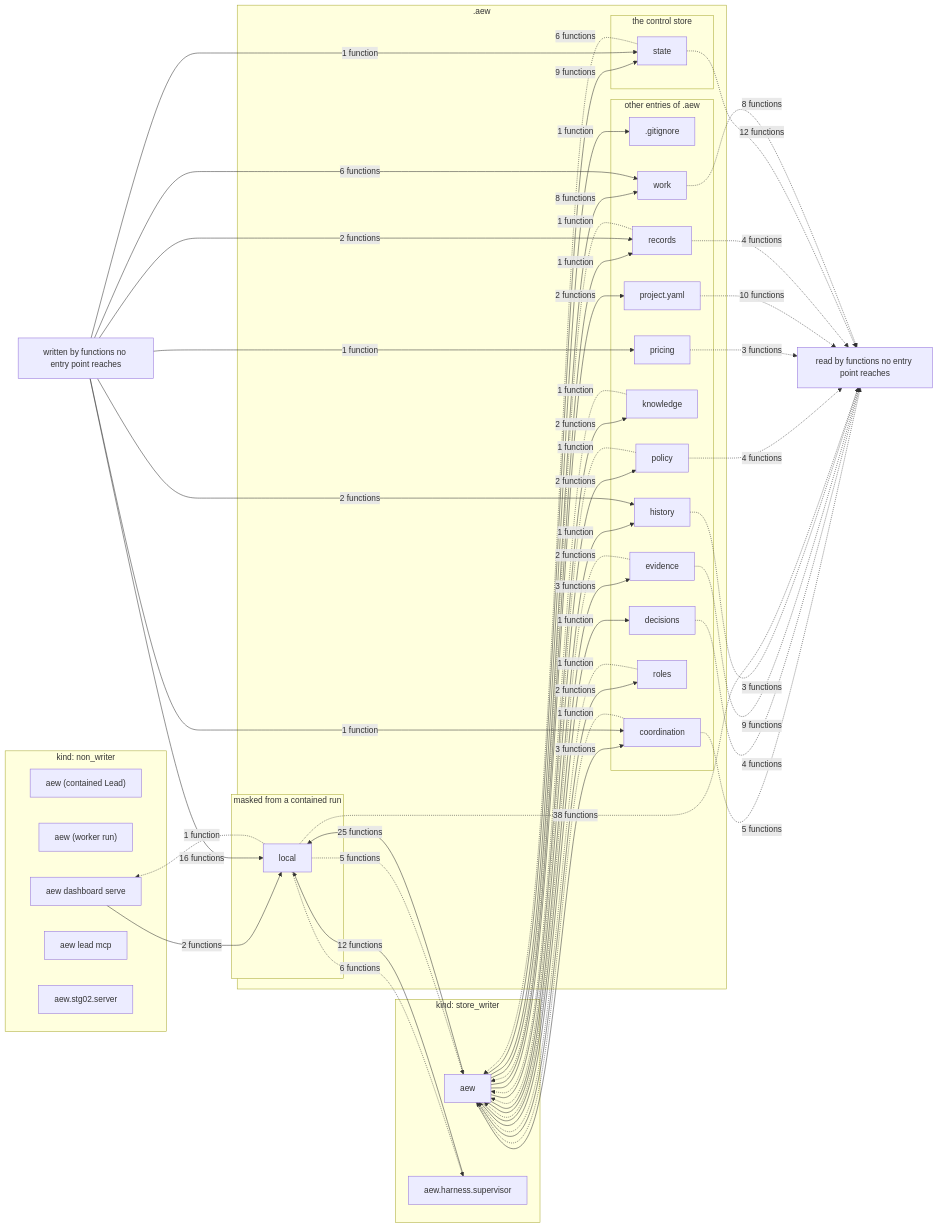
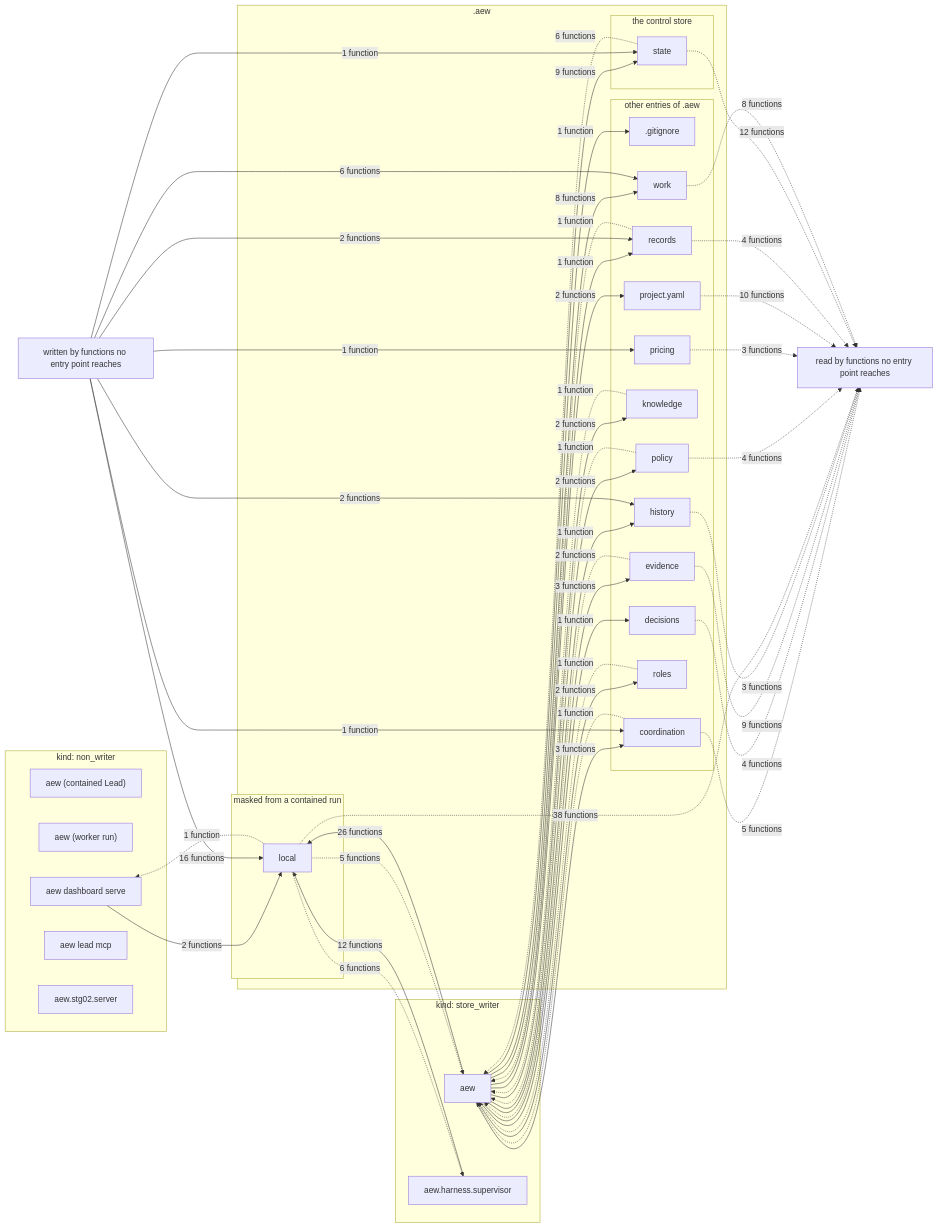
One commit to JonSmithTLT/Agentic-Engineering-Workflow changed the diagram in docs/reference/data-flow.md. Above: the diagram before and after it, drawn with Mermaid. The commit also changed other lines of this file and 13 other files, not shown here.

````diff
--- a/docs/reference/data-flow.md
+++ b/docs/reference/data-flow.md
@@ -5,81 +5,81 @@
 ```mermaid
 flowchart LR
     subgraph kind_non_writer["kind: non_writer"]
         proc_aew_contained_lead["aew (contained Lead)"]
         proc_aew_worker_run["aew (worker run)"]
         proc_aew_dashboard_serve["aew dashboard serve"]
         proc_aew_lead_mcp["aew lead mcp"]
         proc_aew_stg02_server["aew.stg02.server"]
     end
     subgraph kind_store_writer["kind: store_writer"]
         proc_aew["aew"]
         proc_aew_harness_supervisor["aew.harness.supervisor"]
     end
     subgraph aew_dir[".aew"]
         subgraph group_store["the control store"]
             path_state["state"]
         end
         subgraph group_masked["masked from a contained run"]
             path_local["local"]
         end
         subgraph group_other["other entries of .aew"]
             path_gitignore[".gitignore"]
             path_coordination["coordination"]
             path_decisions["decisions"]
             path_evidence["evidence"]
             path_history["history"]
             path_knowledge["knowledge"]
             path_policy["policy"]
             path_pricing["pricing"]
             path_project_yaml["project.yaml"]
             path_records["records"]
             path_roles["roles"]
             path_work["work"]
         end
     end
     no_writer["written by functions no entry point reaches"]
     no_reader["read by functions no entry point reaches"]
     proc_aew -->|"1 function"| path_gitignore
     proc_aew -->|"3 functions"| path_coordination
     proc_aew -->|"1 function"| path_decisions
     proc_aew -->|"3 functions"| path_evidence
     proc_aew -->|"1 function"| path_history
     proc_aew -->|"2 functions"| path_knowledge
-    proc_aew -->|"25 functions"| path_local
+    proc_aew -->|"26 functions"| path_local
     proc_aew -->|"2 functions"| path_policy
     proc_aew -->|"2 functions"| path_project_yaml
     proc_aew -->|"1 function"| path_records
     proc_aew -->|"2 functions"| path_roles
     proc_aew -->|"9 functions"| path_state
     proc_aew -->|"8 functions"| path_work
     proc_aew_dashboard_serve -->|"2 functions"| path_local
     proc_aew_harness_supervisor -->|"12 functions"| path_local
     no_writer -->|"1 function"| path_coordination
     no_writer -->|"2 functions"| path_history
     no_writer -->|"16 functions"| path_local
     no_writer -->|"1 function"| path_pricing
     no_writer -->|"2 functions"| path_records
     no_writer -->|"1 function"| path_state
     no_writer -->|"6 functions"| path_work
     path_coordination -.->|"1 function"| proc_aew
     path_evidence -.->|"2 functions"| proc_aew
     path_knowledge -.->|"1 function"| proc_aew
     path_local -.->|"5 functions"| proc_aew
     path_policy -.->|"1 function"| proc_aew
     path_records -.->|"1 function"| proc_aew
     path_roles -.->|"1 function"| proc_aew
     path_state -.->|"6 functions"| proc_aew
     path_local -.->|"1 function"| proc_aew_dashboard_serve
     path_local -.->|"6 functions"| proc_aew_harness_supervisor
     path_coordination -.->|"5 functions"| no_reader
     path_decisions -.->|"4 functions"| no_reader
     path_evidence -.->|"9 functions"| no_reader
     path_history -.->|"3 functions"| no_reader
     path_local -.->|"38 functions"| no_reader
     path_policy -.->|"4 functions"| no_reader
     path_pricing -.->|"3 functions"| no_reader
     path_project_yaml -.->|"10 functions"| no_reader
     path_records -.->|"4 functions"| no_reader
     path_state -.->|"12 functions"| no_reader
     path_work -.->|"8 functions"| no_reader
 ```
````
